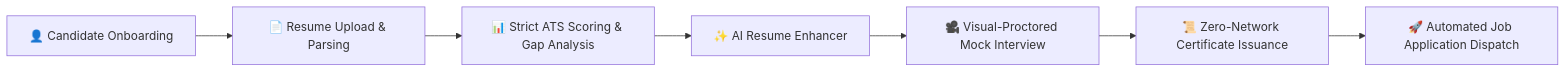
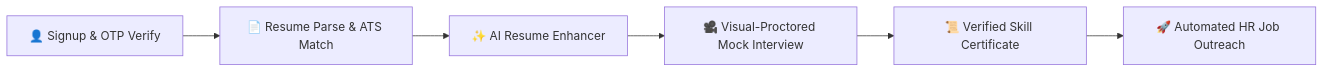
The second of 3 diagrams in README.md (agrawalrohit937/Resume-Screening-System), drawn with Mermaid before and after one commit. The commit also changed other lines of this file and 1 other file, not shown here.

````diff
--- a/README.md
+++ b/README.md
@@ -27,9 +29,8 @@
 ```mermaid
 flowchart LR
-    A[👤 Candidate Onboarding] --> B[📄 Resume Upload & Parsing]
-    B --> C[📊 Strict ATS Scoring & Gap Analysis]
-    C --> D[✨ AI Resume Enhancer]
-    D --> E[🎥 Visual-Proctored Mock Interview]
-    E --> F[📜 Zero-Network Certificate Issuance]
-    F --> G[🚀 Automated Job Application Dispatch]
+    A[👤 Signup & OTP Verify] --> B[📄 Resume Parse & ATS Match]
+    B --> C[✨ AI Resume Enhancer]
+    C --> D[🎥 Visual-Proctored Mock Interview]
+    D --> E[📜 Verified Skill Certificate]
+    E --> F[🚀 Automated HR Job Outreach]
 ```
````
